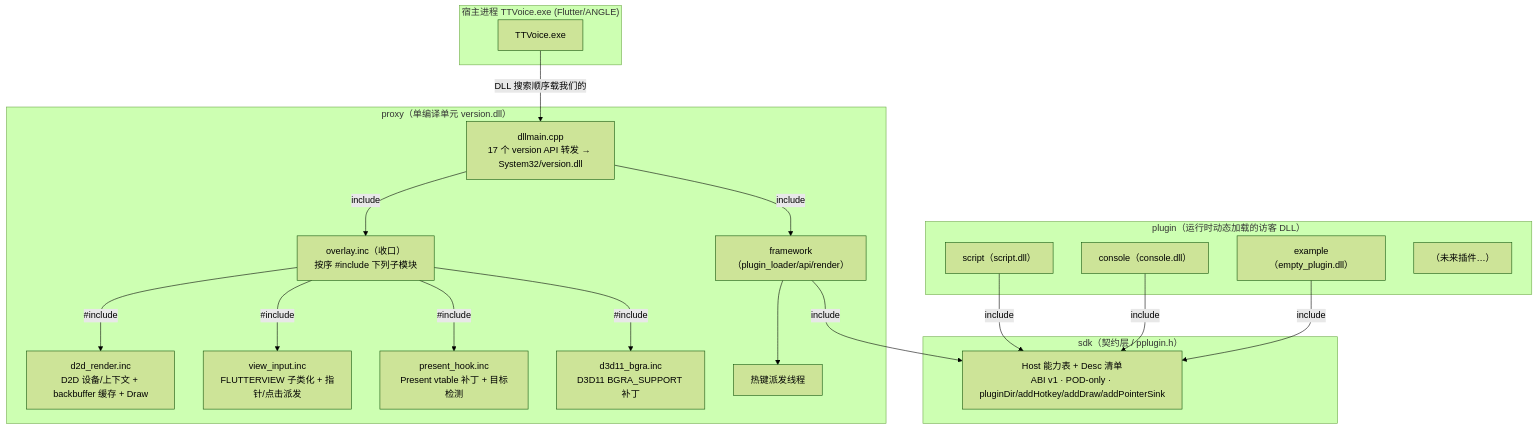
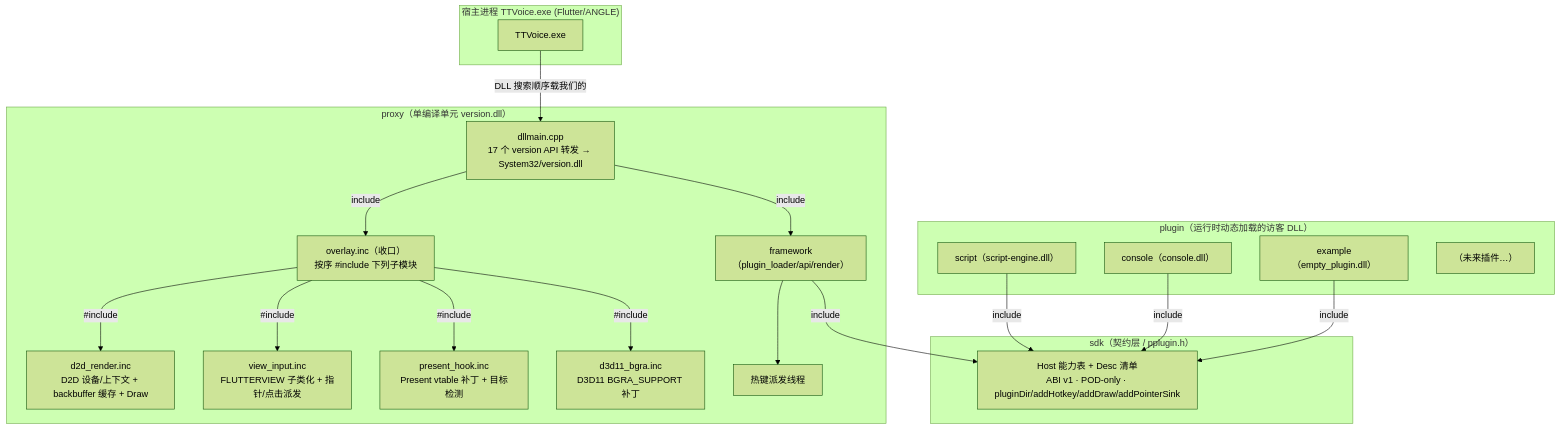
One commit to Qr1mln/PlusPlugin changed the first of 5 diagrams in docs/架构图3.md. Above: the diagram before and after it, drawn with Mermaid (forest theme). The commit also changed other lines of this file and 21 other files, not shown here.

First line of the commit message:
chore(plugin): script 插件重命名为 script-engine，同步构建脚本与文档

````diff
--- a/docs/架构图3.md
+++ b/docs/架构图3.md
@@ -12,41 +12,41 @@
 ```mermaid
 graph TB
     subgraph "宿主进程 TTVoice.exe (Flutter/ANGLE)"
         EXE["TTVoice.exe"]
     end
 
     subgraph "proxy（单编译单元 version.dll）"
         PROXY["dllmain.cpp<br/>17 个 version API 转发 → System32/version.dll"]
         OV["overlay.inc（收口）<br/>按序 #include 下列子模块"]
         D2D["d2d_render.inc<br/>D2D 设备/上下文 + backbuffer 缓存 + Draw"]
         VI["view_input.inc<br/>FLUTTERVIEW 子类化 + 指针/点击派发"]
         PH["present_hook.inc<br/>Present vtable 补丁 + 目标检测"]
         BGRA["d3d11_bgra.inc<br/>D3D11 BGRA_SUPPORT 补丁"]
         FRAME["framework（plugin_loader/api/render）"]
         HK["热键派发线程"]
     end
 
     subgraph "sdk（契约层 / pplugin.h）"
         ABI["Host 能力表 + Desc 清单<br/>ABI v1 · POD-only · pluginDir/addHotkey/addDraw/addPointerSink"]
     end
 
     subgraph "plugin（运行时动态加载的访客 DLL）"
-        SCRIPT_PLUGIN["script（script.dll）"]
+        SCRIPT_PLUGIN["script（script-engine.dll）"]
         CON["console（console.dll）"]
         EX["example（empty_plugin.dll）"]
         MORE["（未来插件…）"]
     end
 
     EXE -->|DLL 搜索顺序载我们的| PROXY
     PROXY -->|include| OV
     OV -->|#include| D2D
     OV -->|#include| VI
     OV -->|#include| PH
     OV -->|#include| BGRA
     PROXY -->|include| FRAME
     FRAME --> HK
     FRAME -->|include| ABI
     SCRIPT_PLUGIN -->|include| ABI
     CON -->|include| ABI
     EX -->|include| ABI
 ```
````
